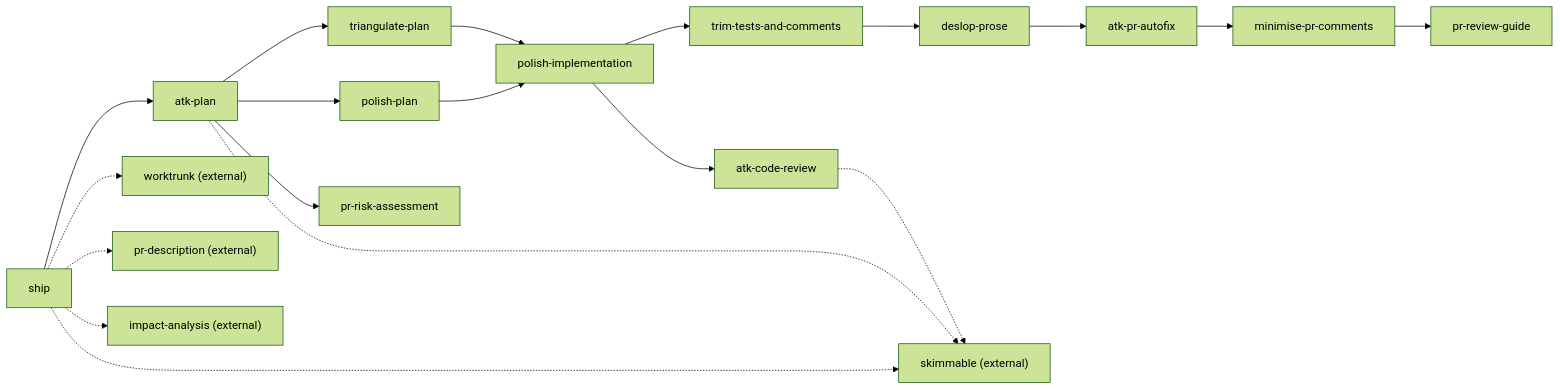
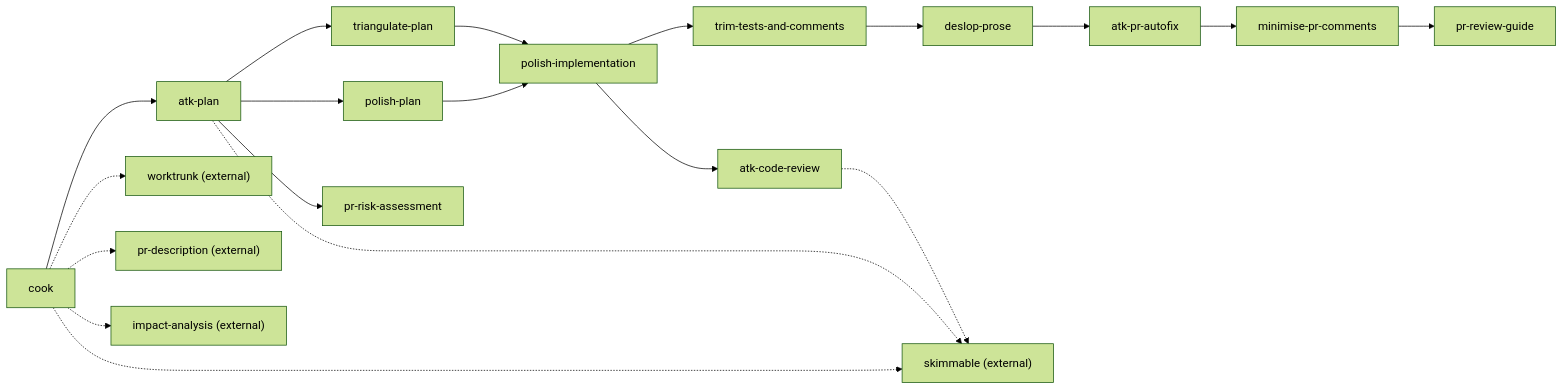
Before and after one commit to rstacruz/agentic-toolkit: the diagram in docs/skills.md, drawn with Mermaid (forest theme). The commit also changed other lines of this file and 5 other files, not shown here.

First line of the commit message:
refactor(skills): rename ship to cook

````diff
--- a/docs/skills.md
+++ b/docs/skills.md
@@ -5,22 +5,22 @@
 ```mermaid
 graph LR
-  ship["ship"] --> atk_plan["atk-plan"]
+  cook["cook"] --> atk_plan["atk-plan"]
   atk_plan --> polish_plan["polish-plan"]
   atk_plan --> triangulate_plan["triangulate-plan"]
   atk_plan --> pr_risk_assessment["pr-risk-assessment"]
   polish_plan --> polish_implementation["polish-implementation"]
   triangulate_plan --> polish_implementation
   polish_implementation --> atk_code_review["atk-code-review"]
   polish_implementation --> trim_tests_and_comments["trim-tests-and-comments"]
   trim_tests_and_comments --> deslop_prose["deslop-prose"]
   deslop_prose --> atk_pr_autofix["atk-pr-autofix"]
   atk_pr_autofix --> minimise_pr_comments["minimise-pr-comments"]
   minimise_pr_comments --> pr_review_guide["pr-review-guide"]
 
-  ship -.-> worktrunk["worktrunk (external)"]
-  ship -.-> pr_description["pr-description (external)"]
-  ship -.-> impact_analysis["impact-analysis (external)"]
-  ship -.-> skimmable["skimmable (external)"]
+  cook -.-> worktrunk["worktrunk (external)"]
+  cook -.-> pr_description["pr-description (external)"]
+  cook -.-> impact_analysis["impact-analysis (external)"]
+  cook -.-> skimmable["skimmable (external)"]
   atk_plan -.-> skimmable
   atk_code_review -.-> skimmable
 ```
````
